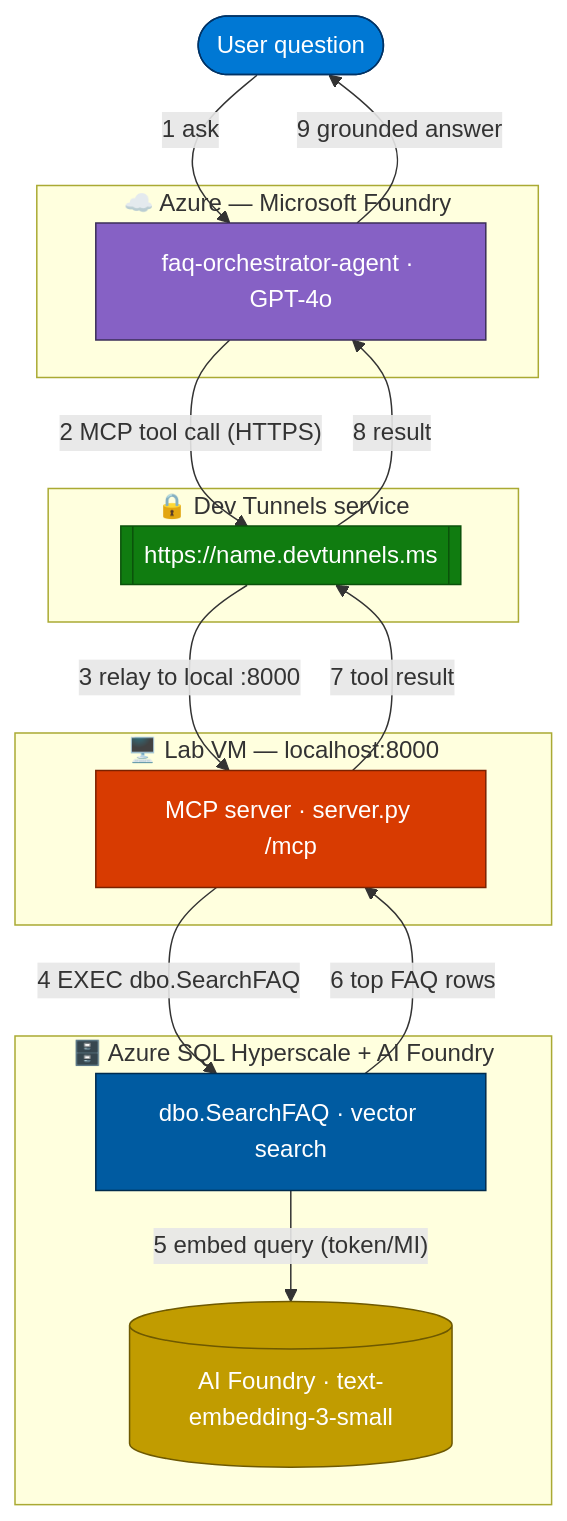
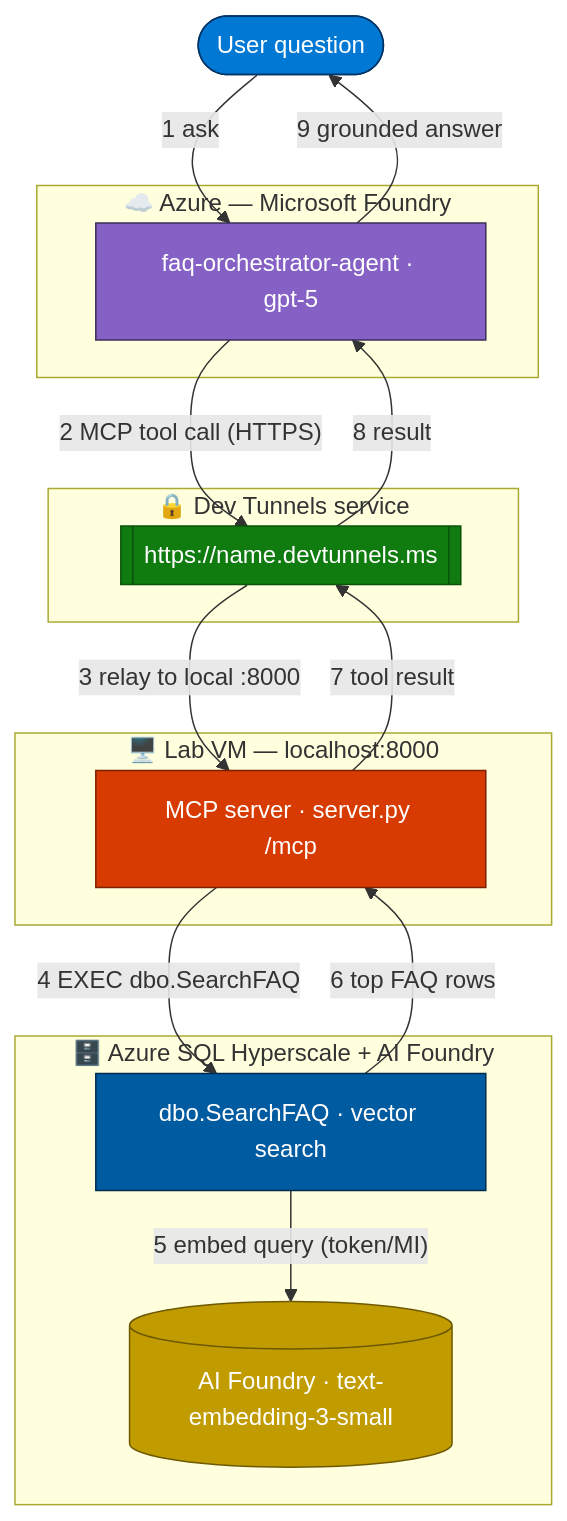
One commit to ibranibeny/envlab513 changed the second of 2 diagrams in README.md. Above: the diagram before and after it, drawn with Mermaid. The commit also changed other lines of this file and 2 other files, not shown here.

First line of the commit message:
Switch chat model to gpt-5 and pre-provision FAQ-Assistant-project

````diff
--- a/README.md
+++ b/README.md
@@ -398,38 +397,38 @@
 ```mermaid
 flowchart TB
     User([User question]):::user
 
     subgraph Cloud["☁️ Azure — Microsoft Foundry"]
-        Agent["faq-orchestrator-agent · GPT-4o"]:::agent
+        Agent["faq-orchestrator-agent · gpt-5"]:::agent
     end
 
     subgraph Tunnel["🔒 Dev Tunnels service"]
         DT[["https://name.devtunnels.ms"]]:::tunnel
     end
 
     subgraph VM["🖥️ Lab VM — localhost:8000"]
         MCP["MCP server · server.py /mcp"]:::mcp
     end
 
     subgraph DB["🗄️ Azure SQL Hyperscale + AI Foundry"]
         Proc["dbo.SearchFAQ · vector search"]:::sql
         Foundry2[("AI Foundry · text-embedding-3-small")]:::embed
     end
 
     User -- "1 ask" --> Agent
     Agent -- "2 MCP tool call (HTTPS)" --> DT
     DT -- "3 relay to local :8000" --> MCP
     MCP -- "4 EXEC dbo.SearchFAQ" --> Proc
     Proc -- "5 embed query (token/MI)" --> Foundry2
     Proc -- "6 top FAQ rows" --> MCP
     MCP -- "7 tool result" --> DT
     DT -- "8 result" --> Agent
     Agent -- "9 grounded answer" --> User
 
     classDef user fill:#0078D4,stroke:#003366,color:#fff;
     classDef agent fill:#8661C5,stroke:#3B2E58,color:#fff;
     classDef tunnel fill:#107C10,stroke:#0B520B,color:#fff;
     classDef mcp fill:#D83B01,stroke:#7A2200,color:#fff;
     classDef sql fill:#005BA1,stroke:#002B4D,color:#fff;
     classDef embed fill:#C19C00,stroke:#6E5900,color:#fff;
 ```
````
